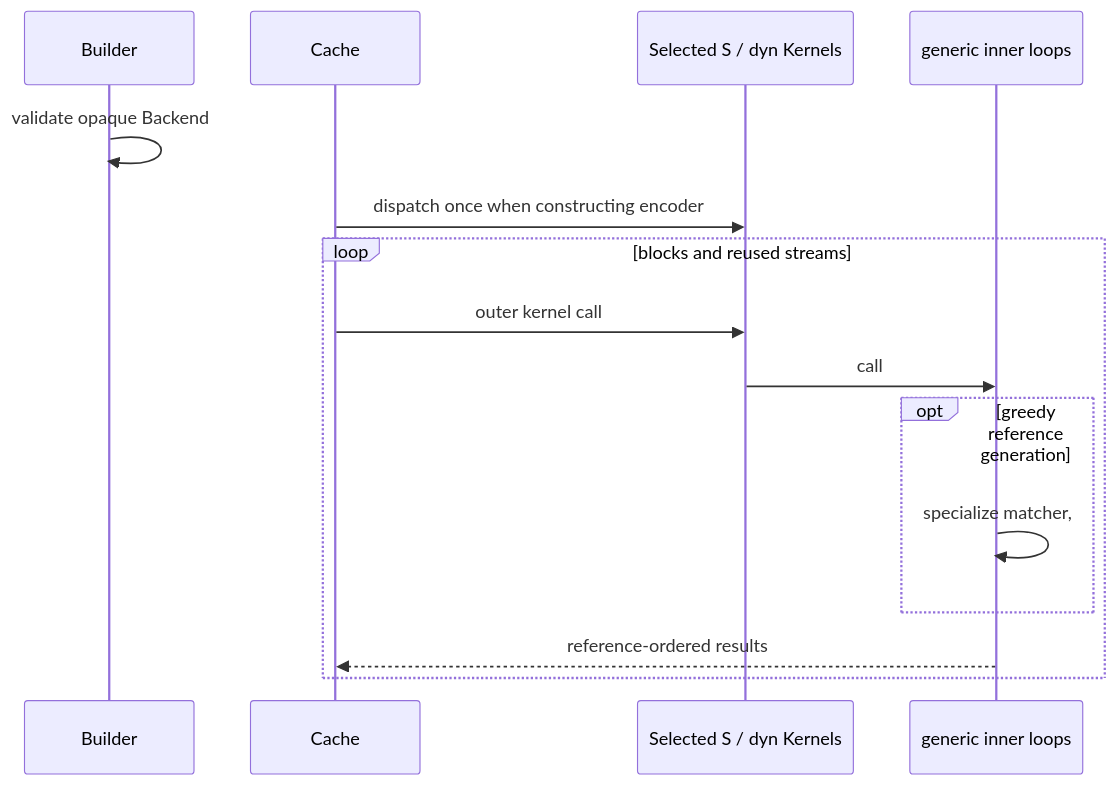
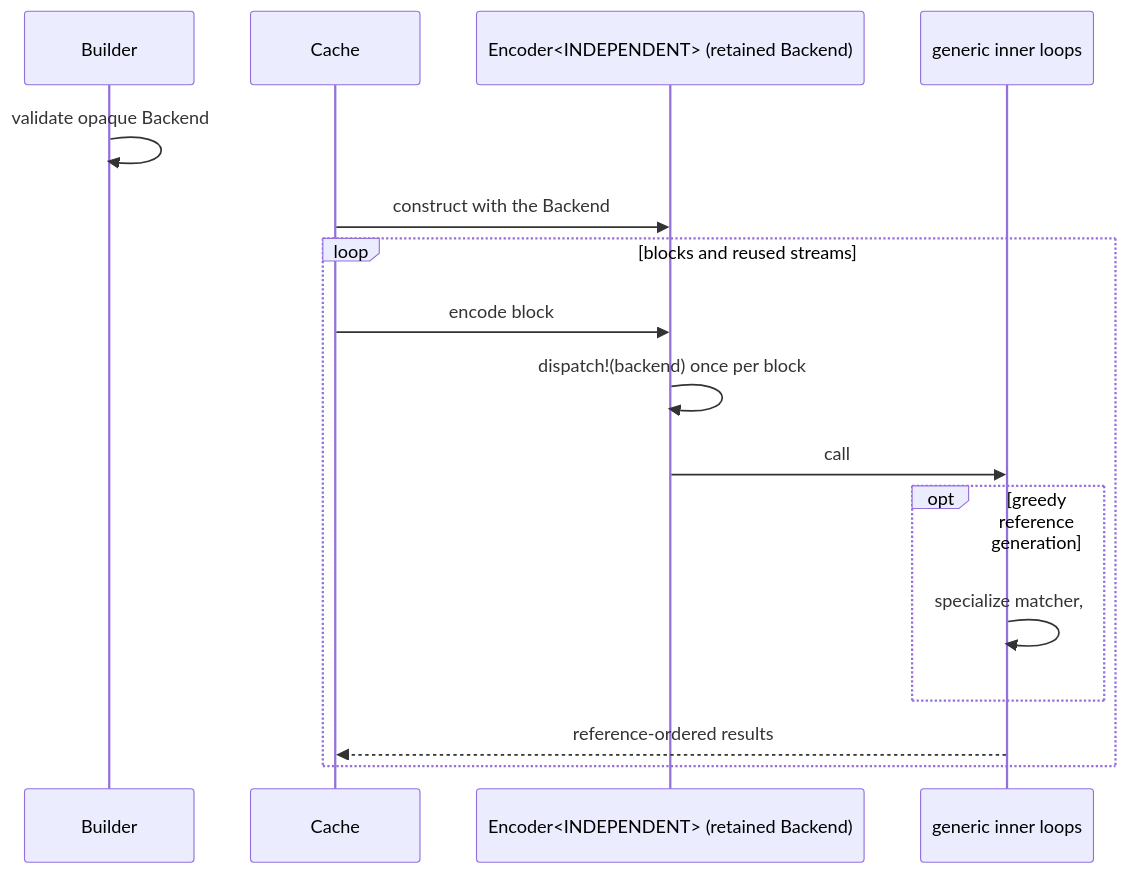
One commit to M-Compressors/mbrotli changed diagram 11 of 11 in architecture/encoder-workspace.md. Above: the diagram before and after it, drawn with Mermaid. The commit also changed other lines of this file and 22 other files, not shown here.

Commit message:
remove dyn kernels and reuse default kernel for greedy

````diff
--- a/architecture/encoder-workspace.md
+++ b/architecture/encoder-workspace.md
@@ -337,17 +348,18 @@
 ```mermaid
 sequenceDiagram
     participant Builder
     participant Cache
-    participant Selected as Selected S / dyn Kernels
+    participant Encoder as Encoder<INDEPENDENT> (retained Backend)
     participant Inner as generic inner loops
     Builder->>Builder: validate opaque Backend
-    Cache->>Selected: dispatch once when constructing encoder
+    Cache->>Encoder: construct with the Backend
     loop blocks and reused streams
-        Cache->>Selected: outer kernel call
-        Selected->>Inner: call #[simd] kernel, pass S
+        Cache->>Encoder: encode block
+        Encoder->>Encoder: dispatch!(backend) once per block
+        Encoder->>Inner: call #[simd] kernel, pass S
         opt greedy reference generation
             Inner->>Inner: specialize matcher, #[simd] search_positions with S
         end
         Inner-->>Cache: reference-ordered results
     end
 ```
````
